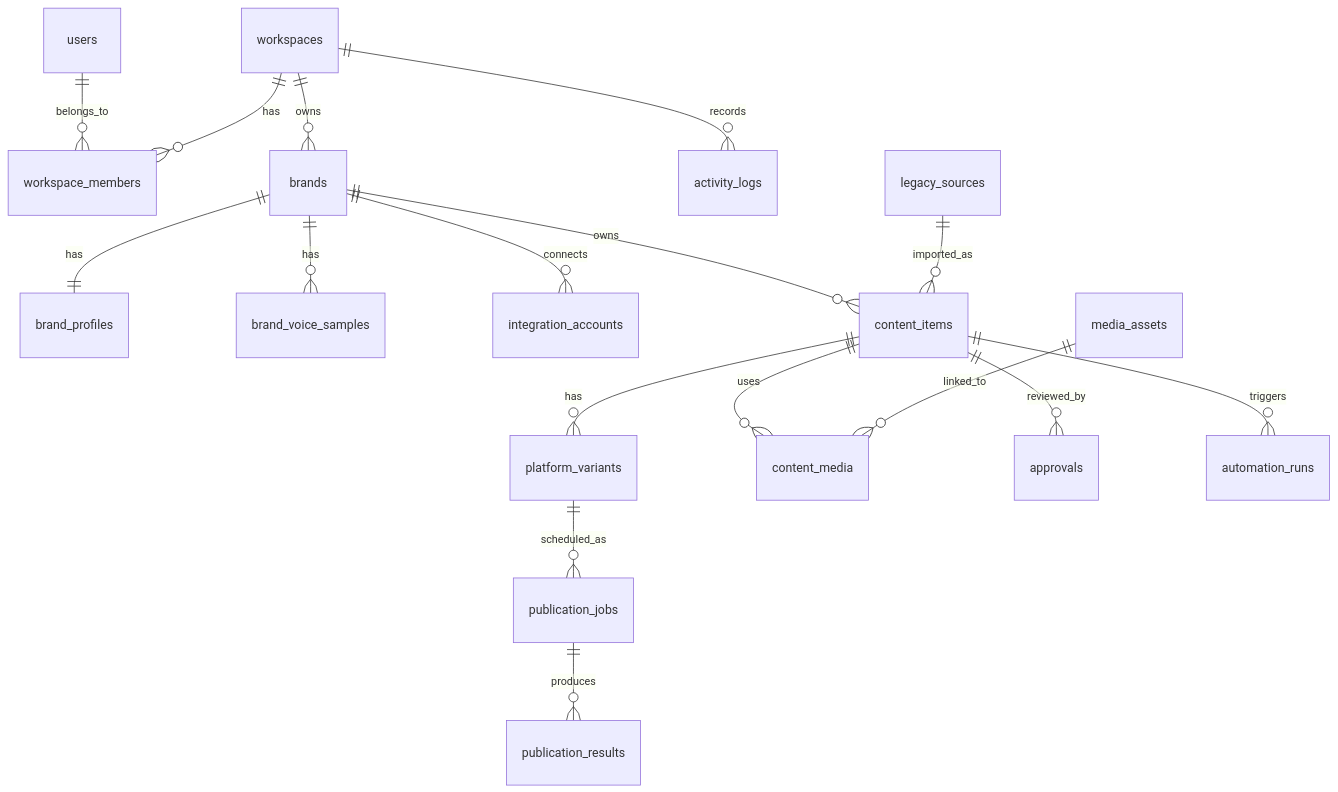
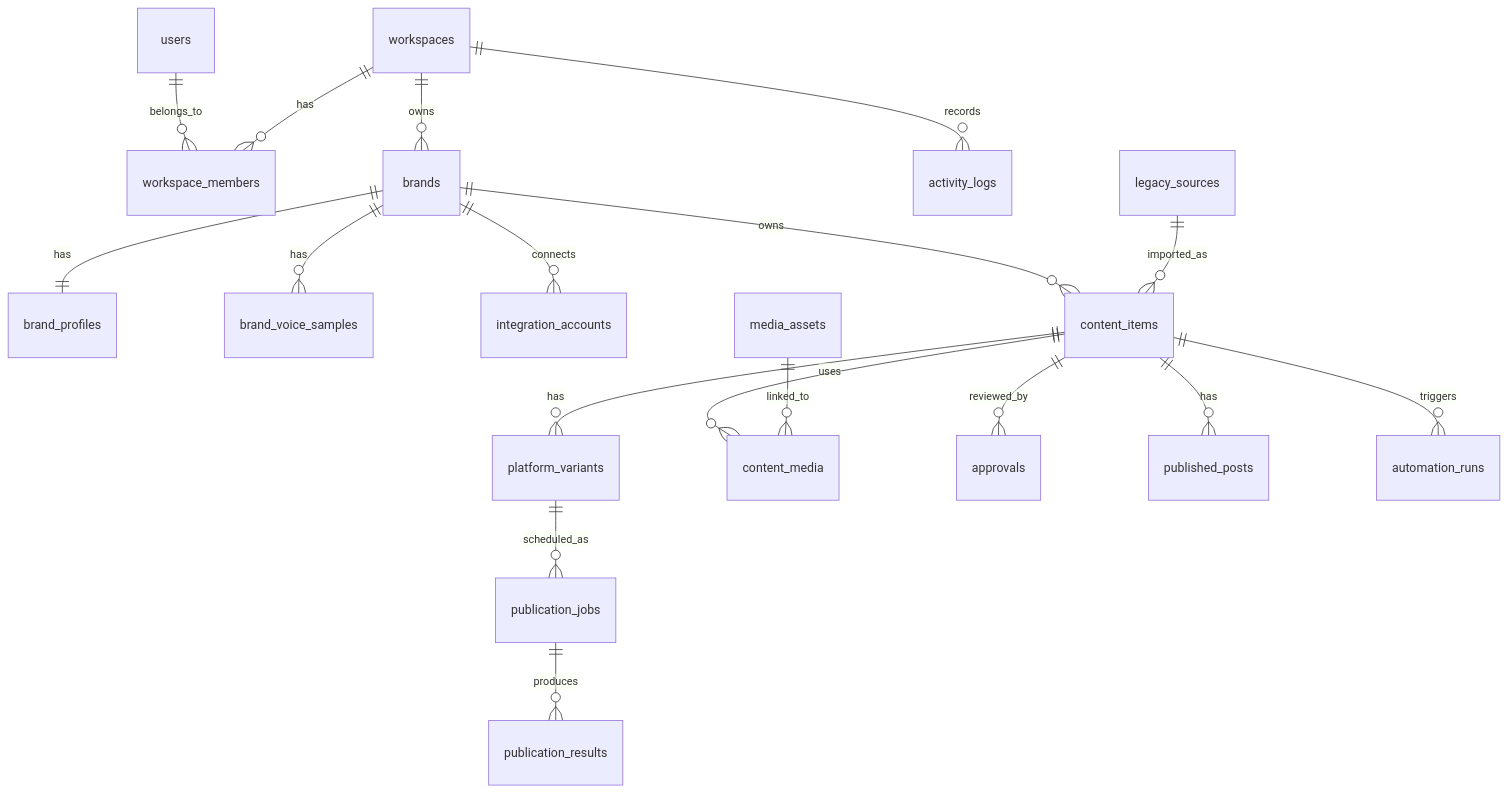
One commit to eliaskrystof/social-media-manager-productization changed the diagram in docs/target-data-model.md. Above: the diagram before and after it, drawn with Mermaid. The commit also changed other lines of this file and 17 other files, not shown here.

````diff
--- a/docs/target-data-model.md
+++ b/docs/target-data-model.md
@@ -66,19 +67,20 @@
 ```mermaid
 erDiagram
   users ||--o{ workspace_members : belongs_to
   workspaces ||--o{ workspace_members : has
   workspaces ||--o{ brands : owns
   brands ||--|| brand_profiles : has
   brands ||--o{ brand_voice_samples : has
   brands ||--o{ integration_accounts : connects
   brands ||--o{ content_items : owns
   content_items ||--o{ platform_variants : has
   content_items ||--o{ content_media : uses
   media_assets ||--o{ content_media : linked_to
   content_items ||--o{ approvals : reviewed_by
   platform_variants ||--o{ publication_jobs : scheduled_as
   publication_jobs ||--o{ publication_results : produces
+  content_items ||--o{ published_posts : has
   content_items ||--o{ automation_runs : triggers
   workspaces ||--o{ activity_logs : records
   legacy_sources ||--o{ content_items : imported_as
 ```
````
